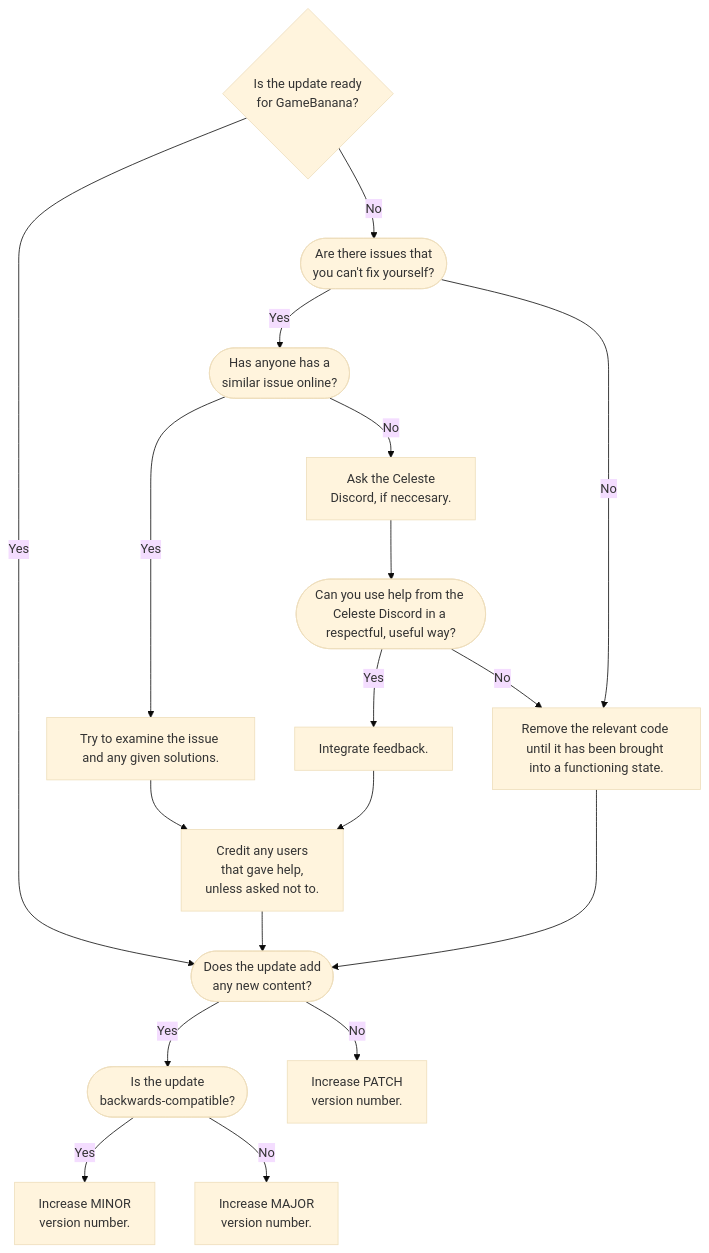
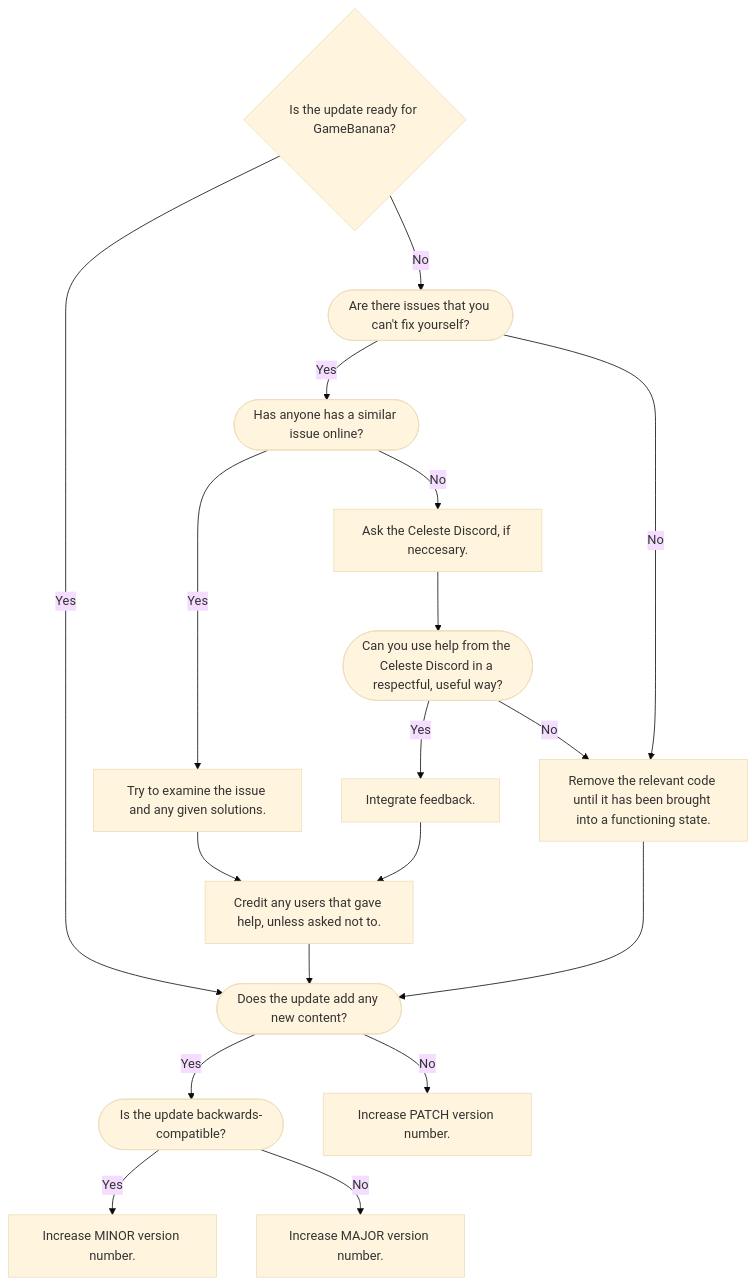
One commit to DatGuyAlex22/Follower-Addons-And-Such changed the diagram in README.md. Above: the diagram before and after it, drawn with Mermaid (base theme).

Commit message:
Updates for version 1.8.0.

````diff
--- a/README.md
+++ b/README.md
@@ -10,38 +10,38 @@
 ```mermaid
  flowchart TD
-  Ready{Is the update ready\nfor GameBanana?}
+  Ready{Is the update ready for GameBanana?}
 
-  AddNew([Does the update add\nany new content?])
-  MajorMinorUpdate([Is the update\nbackwards-compatible?])
-  UpdatePatch[Increase PATCH\nversion number.]
-  UpdateMinor[Increase MINOR\nversion number.]
-  UpdateMajor[Increase MAJOR\nversion number.]
+  AddNew([Does the update add any new content?])
+  MajorMinorUpdate([Is the update backwards-compatible?])
+  UpdatePatch[Increase PATCH version number.]
+  UpdateMinor[Increase MINOR version number.]
+  UpdateMajor[Increase MAJOR version number.]
 
-  FixSelf([Are there issues that\nyou can't fix yourself?])
-  OnInternet([Has anyone has a\nsimilar issue online?])
-  AskClord[Ask the Celeste\nDiscord, if neccesary.]
+  FixSelf([Are there issues that you can't fix yourself?])
+  OnInternet([Has anyone has a similar issue online?])
+  AskClord[Ask the Celeste Discord, if neccesary.]
   ClordCourtesy([Can you use help from the Celeste Discord in a respectful, useful way?])
   IntegrateClord[Integrate feedback.]
-  CreditClord[Credit any users\nthat gave help,\nunless asked not to.]
+  CreditClord[Credit any users that gave help, unless asked not to.]
   ScrapIdeaNextUpdate[Remove the relevant code until it has been brought into a functioning state.]
   UseOnline[Try to examine the issue and any given solutions.]
 
   Ready -- Yes --> AddNew
   Ready -- No --> FixSelf
   AddNew -- Yes --> MajorMinorUpdate
   AddNew -- No --> UpdatePatch
   MajorMinorUpdate -- Yes --> UpdateMinor
   MajorMinorUpdate -- No --> UpdateMajor
 
   FixSelf -- Yes --> OnInternet
   FixSelf -- No --> ScrapIdeaNextUpdate
   OnInternet -- Yes --> UseOnline
   UseOnline --> CreditClord
   OnInternet -- No --> AskClord
   ScrapIdeaNextUpdate --> AddNew
   AskClord --> ClordCourtesy
   ClordCourtesy -- Yes --> IntegrateClord
   IntegrateClord --> CreditClord
   CreditClord --> AddNew
   ClordCourtesy -- No --> ScrapIdeaNextUpdate
 ```
````
